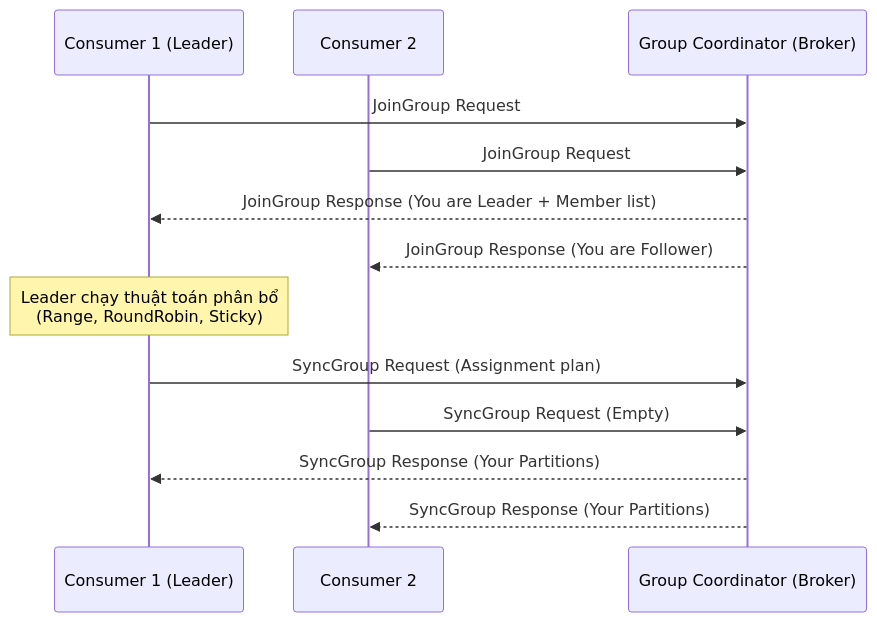
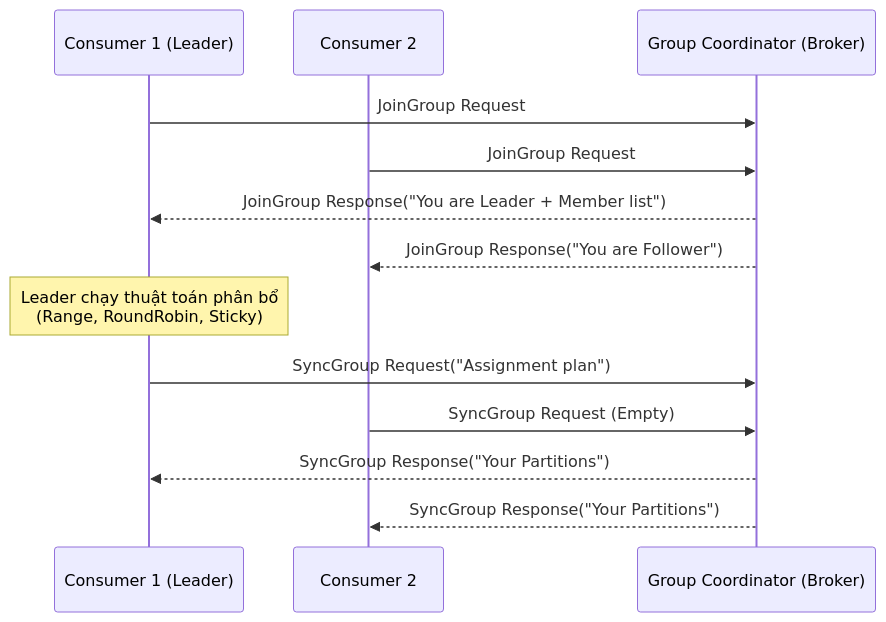
Before and after one commit to kythuatdulieu/kythuatdulieu.github.io: the diagram in src/content/docs/concepts/5-stream-processing-realtime/consumer-groups.md, drawn with Mermaid. The commit also changed 190 other files, not shown here.

Commit message:
fix: resolve mermaid syntax, math rendering, and metadata issues from content rewrite

````diff
--- a/src/content/docs/concepts/5-stream-processing-realtime/consumer-groups.md
+++ b/src/content/docs/concepts/5-stream-processing-realtime/consumer-groups.md
@@ -24,16 +24,16 @@
 ```mermaid
 sequenceDiagram
     participant C1 as Consumer 1 (Leader)
     participant C2 as Consumer 2
     participant GC as Group Coordinator (Broker)
     
     C1->>GC: JoinGroup Request
     C2->>GC: JoinGroup Request
-    GC-->>C1: JoinGroup Response (You are Leader + Member list)
-    GC-->>C2: JoinGroup Response (You are Follower)
+    GC-->>C1: JoinGroup Response("You are Leader + Member list")
+    GC-->>C2: JoinGroup Response("You are Follower")
     Note over C1: Leader chạy thuật toán phân bổ<br/>(Range, RoundRobin, Sticky)
-    C1->>GC: SyncGroup Request (Assignment plan)
+    C1->>GC: SyncGroup Request("Assignment plan")
     C2->>GC: SyncGroup Request (Empty)
-    GC-->>C1: SyncGroup Response (Your Partitions)
-    GC-->>C2: SyncGroup Response (Your Partitions)
+    GC-->>C1: SyncGroup Response("Your Partitions")
+    GC-->>C2: SyncGroup Response("Your Partitions")
 ```
````
